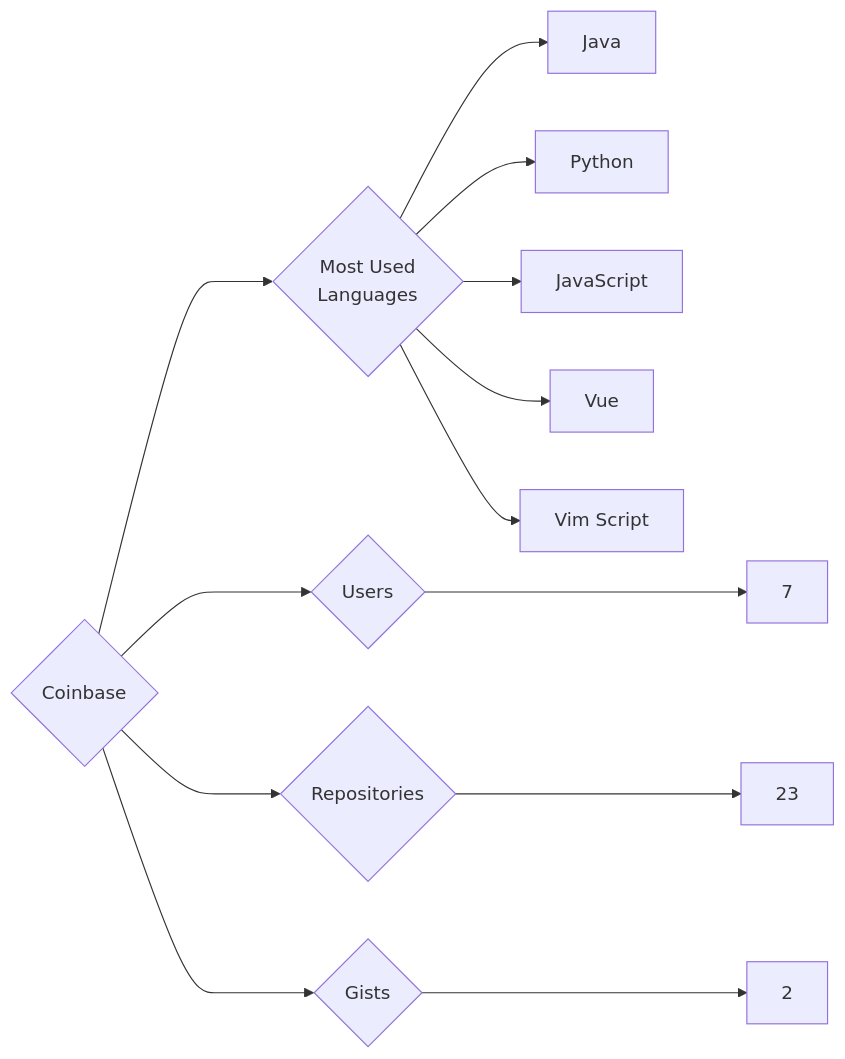
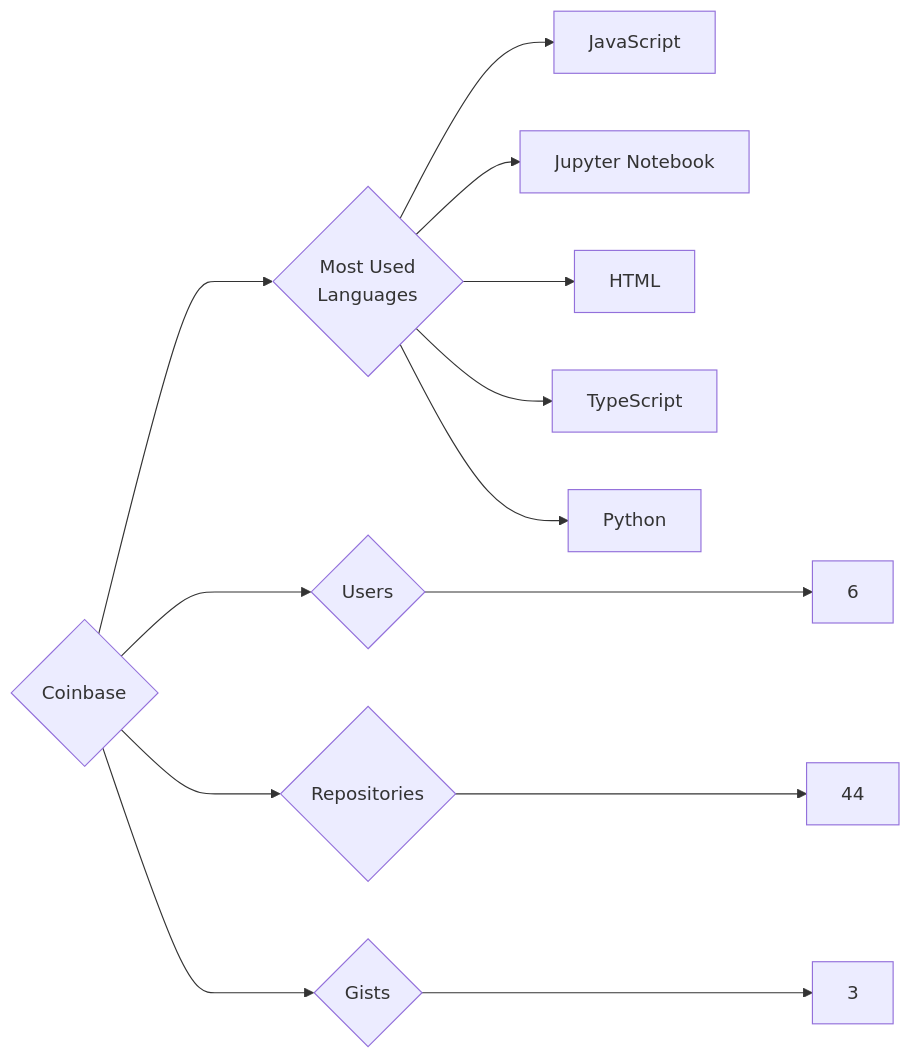
One commit to trickest/insiders changed the diagram in targets/Coinbase/README.md. Above: the diagram before and after it, drawn with Mermaid. The commit also changed 1089 other files, not shown here.

````diff
--- a/targets/Coinbase/README.md
+++ b/targets/Coinbase/README.md
@@ -3,13 +3,13 @@
 ```mermaid
 graph LR
 COMPANY_NAME{Coinbase}
-COMPANY_NAME ---> U{Users} ---> UN[7]
-COMPANY_NAME ---> R{Repositories} ---> RN[23]
-COMPANY_NAME ---> G{Gists} ---> GN[2]
+COMPANY_NAME ---> U{Users} ---> UN[6]
+COMPANY_NAME ---> R{Repositories} ---> RN[44]
+COMPANY_NAME ---> G{Gists} ---> GN[3]
 COMPANY_NAME ---> ML{Most Used<br>Languages}
-ML --> Java[Java]
+ML --> JavaScript[JavaScript]
+ML --> Jupyter_Notebook[Jupyter Notebook]
+ML --> HTML[HTML]
+ML --> TypeScript[TypeScript]
 ML --> Python[Python]
-ML --> JavaScript[JavaScript]
-ML --> Vue[Vue]
-ML --> Vim_Script[Vim Script]
 ```
````
